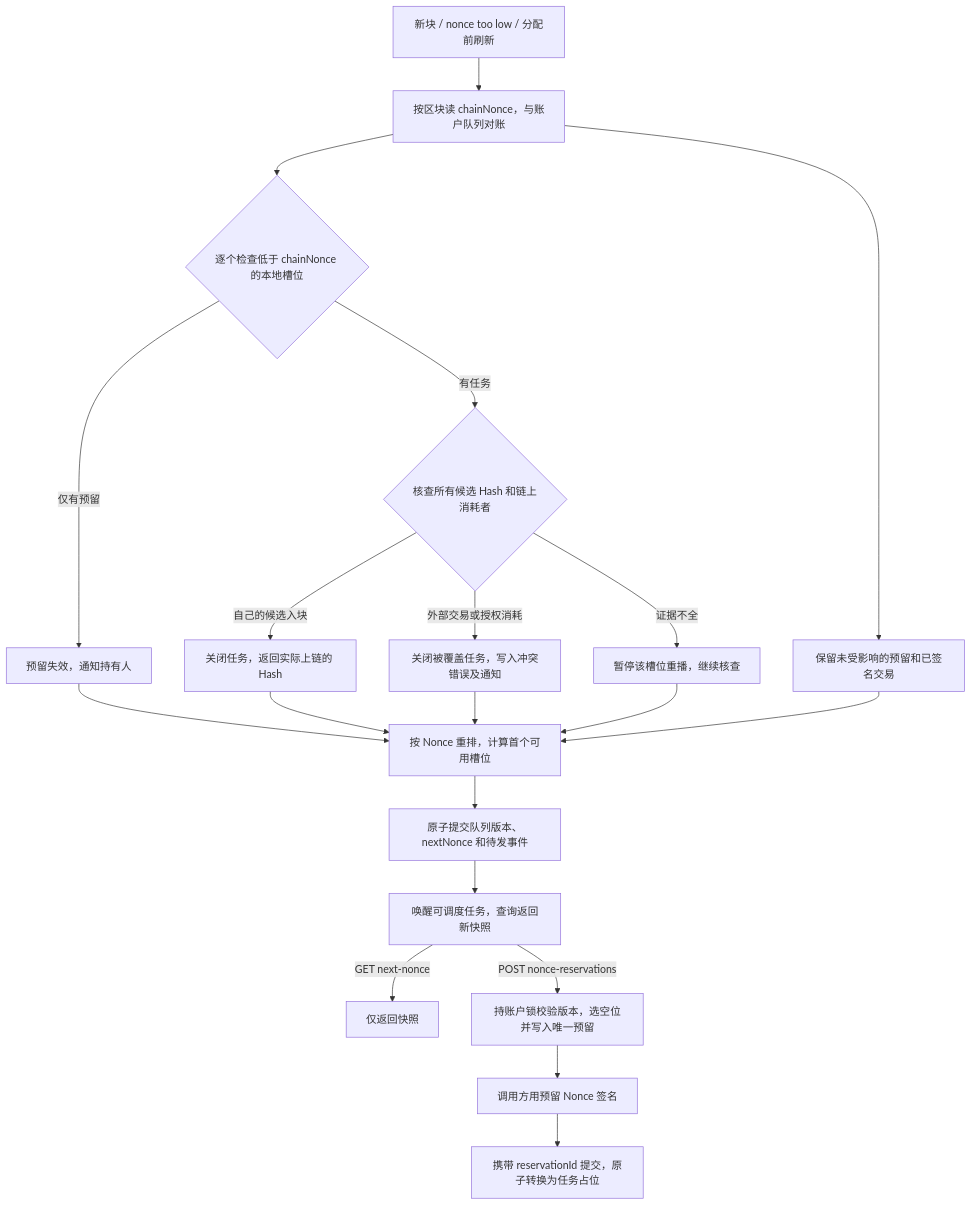
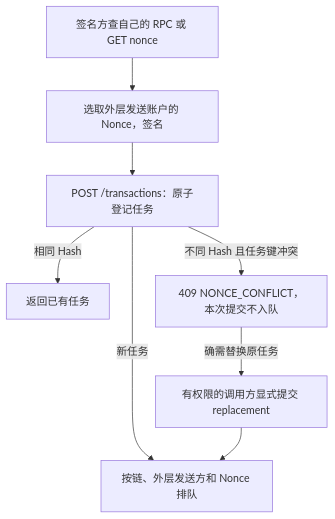
One commit to GMWalletApp/Broadcaster changed the first of 2 diagrams in README.md. Above: the diagram before and after it, drawn with Mermaid. The commit also changed other lines of this file, not shown here.

Commit message:
Read account nonce from RPC and enforce conflicts on signed tasks

```diff
--- a/README.md
+++ b/README.md
@@ -48,22 +34,10 @@
 ~~~mermaid
 flowchart TD
-    Head["新块 / nonce too low / 分配前刷新"] --> Read["按区块读 chainNonce，与账户队列对账"]
-    Read --> Check{"逐个检查低于 chainNonce 的本地槽位"}
-    Check -->|仅有预留| Inv["预留失效，通知持有人"]
-    Check -->|有任务| Who{"核查所有候选 Hash 和链上消耗者"}
-    Who -->|自己的候选入块| Own["关闭任务，返回实际上链的 Hash"]
-    Who -->|外部交易或授权消耗| Err["关闭被覆盖任务，写入冲突错误及通知"]
-    Who -->|证据不全| Hold["暂停该槽位重播，继续核查"]
-    Read --> Keep["保留未受影响的预留和已签名交易"]
-    Inv --> Sort["按 Nonce 重排，计算首个可用槽位"]
-    Own --> Sort
-    Err --> Sort
-    Hold --> Sort
-    Keep --> Sort
-    Sort --> Publish["原子提交队列版本、nextNonce 和待发事件"]
-    Publish --> Wake["唤醒可调度任务，查询返回新快照"]
-    Wake -->|GET next-nonce| Peek["仅返回快照"]
-    Wake -->|POST nonce-reservations| Lock["持账户锁校验版本，选空位并写入唯一预留"]
-    Lock --> Sign["调用方用预留 Nonce 签名"]
-    Sign --> Submit["携带 reservationId 提交，原子转换为任务占位"]
+    Read["签名方查自己的 RPC 或 GET nonce"] --> Sign["选取外层发送账户的 Nonce，签名"]
+    Sign --> Submit["POST /transactions：原子登记任务"]
+    Submit -->|相同 Hash| Existing["返回已有任务"]
+    Submit -->|不同 Hash 且任务键冲突| Conflict["409 NONCE_CONFLICT，本次提交不入队"]
+    Submit -->|新任务| Queue["按链、外层发送方和 Nonce 排队"]
+    Conflict -->|确需替换原任务| Replace["有权限的调用方显式提交 replacement"]
+    Replace --> Queue
 ~~~
```
